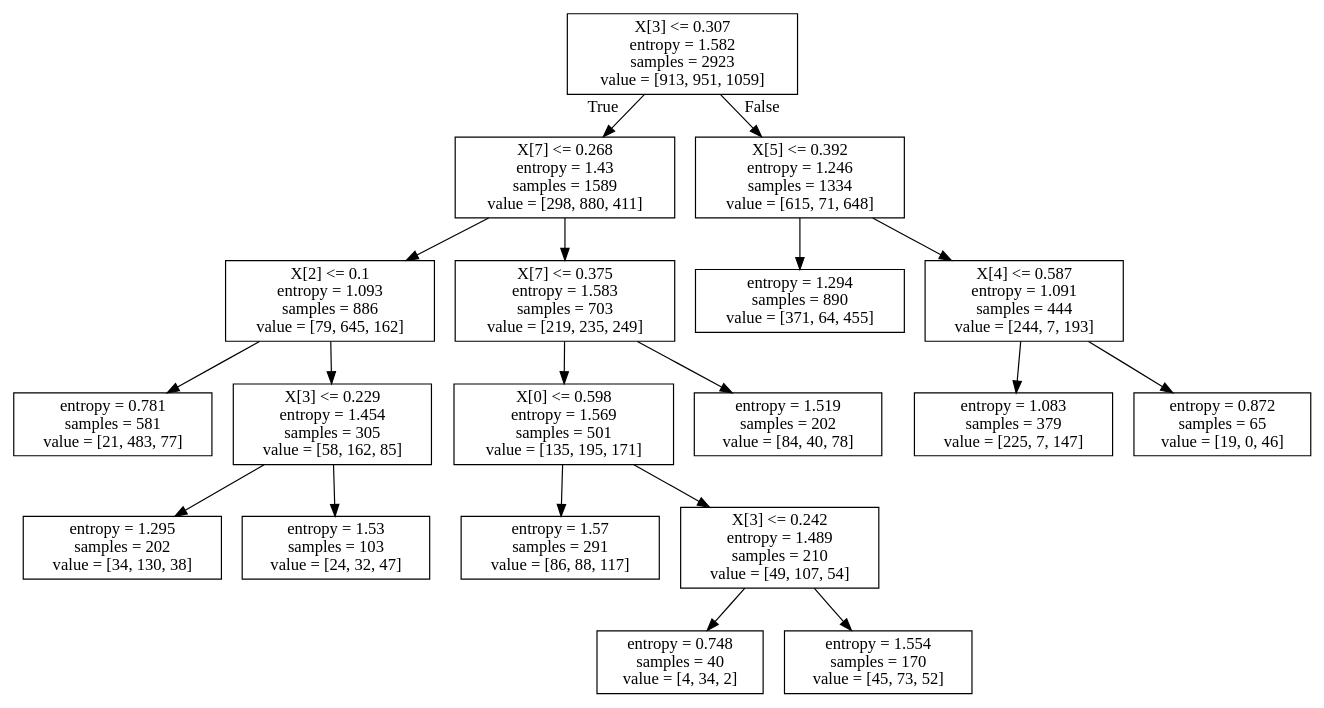
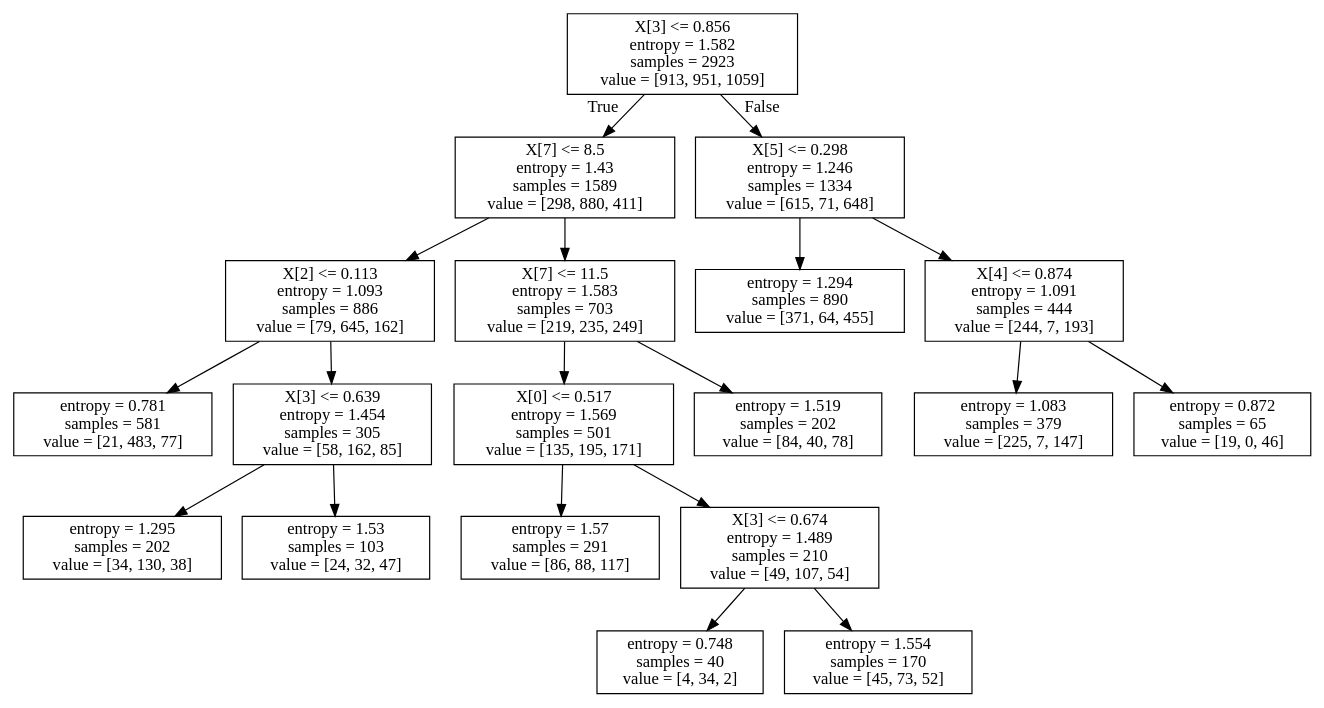
Before and after one commit to HelloJinoo/Machine-Learning: the diagram in Data science/DT_tree.dot, drawn with Graphviz. The commit also changed 10 other files, not shown here.

```diff
--- a/Data science/DT_tree.dot
+++ b/Data science/DT_tree.dot
@@ -1,40 +1,40 @@
 digraph Tree {
 node [shape=box] ;
-0 [label="X[3] <= 0.307\nentropy = 1.582\nsamples = 2923\nvalue = [913, 951, 1059]"] ;
-1 [label="X[7] <= 0.268\nentropy = 1.43\nsamples = 1589\nvalue = [298, 880, 411]"] ;
+0 [label="X[3] <= 0.856\nentropy = 1.582\nsamples = 2923\nvalue = [913, 951, 1059]"] ;
+1 [label="X[7] <= 8.5\nentropy = 1.43\nsamples = 1589\nvalue = [298, 880, 411]"] ;
 0 -> 1 [labeldistance=2.5, labelangle=45, headlabel="True"] ;
-3 [label="X[2] <= 0.1\nentropy = 1.093\nsamples = 886\nvalue = [79, 645, 162]"] ;
+3 [label="X[2] <= 0.113\nentropy = 1.093\nsamples = 886\nvalue = [79, 645, 162]"] ;
 1 -> 3 ;
 5 [label="entropy = 0.781\nsamples = 581\nvalue = [21, 483, 77]"] ;
 3 -> 5 ;
-6 [label="X[3] <= 0.229\nentropy = 1.454\nsamples = 305\nvalue = [58, 162, 85]"] ;
+6 [label="X[3] <= 0.639\nentropy = 1.454\nsamples = 305\nvalue = [58, 162, 85]"] ;
 3 -> 6 ;
 9 [label="entropy = 1.295\nsamples = 202\nvalue = [34, 130, 38]"] ;
 6 -> 9 ;
 10 [label="entropy = 1.53\nsamples = 103\nvalue = [24, 32, 47]"] ;
 6 -> 10 ;
-4 [label="X[7] <= 0.375\nentropy = 1.583\nsamples = 703\nvalue = [219, 235, 249]"] ;
+4 [label="X[7] <= 11.5\nentropy = 1.583\nsamples = 703\nvalue = [219, 235, 249]"] ;
 1 -> 4 ;
-11 [label="X[0] <= 0.598\nentropy = 1.569\nsamples = 501\nvalue = [135, 195, 171]"] ;
+11 [label="X[0] <= 0.517\nentropy = 1.569\nsamples = 501\nvalue = [135, 195, 171]"] ;
 4 -> 11 ;
 15 [label="entropy = 1.57\nsamples = 291\nvalue = [86, 88, 117]"] ;
 11 -> 15 ;
-16 [label="X[3] <= 0.242\nentropy = 1.489\nsamples = 210\nvalue = [49, 107, 54]"] ;
+16 [label="X[3] <= 0.674\nentropy = 1.489\nsamples = 210\nvalue = [49, 107, 54]"] ;
 11 -> 16 ;
 17 [label="entropy = 0.748\nsamples = 40\nvalue = [4, 34, 2]"] ;
 16 -> 17 ;
 18 [label="entropy = 1.554\nsamples = 170\nvalue = [45, 73, 52]"] ;
 16 -> 18 ;
 12 [label="entropy = 1.519\nsamples = 202\nvalue = [84, 40, 78]"] ;
 4 -> 12 ;
-2 [label="X[5] <= 0.392\nentropy = 1.246\nsamples = 1334\nvalue = [615, 71, 648]"] ;
+2 [label="X[5] <= 0.298\nentropy = 1.246\nsamples = 1334\nvalue = [615, 71, 648]"] ;
 0 -> 2 [labeldistance=2.5, labelangle=-45, headlabel="False"] ;
 7 [label="entropy = 1.294\nsamples = 890\nvalue = [371, 64, 455]"] ;
 2 -> 7 ;
-8 [label="X[4] <= 0.587\nentropy = 1.091\nsamples = 444\nvalue = [244, 7, 193]"] ;
+8 [label="X[4] <= 0.874\nentropy = 1.091\nsamples = 444\nvalue = [244, 7, 193]"] ;
 2 -> 8 ;
 13 [label="entropy = 1.083\nsamples = 379\nvalue = [225, 7, 147]"] ;
 8 -> 13 ;
 14 [label="entropy = 0.872\nsamples = 65\nvalue = [19, 0, 46]"] ;
 8 -> 14 ;
 }
```
